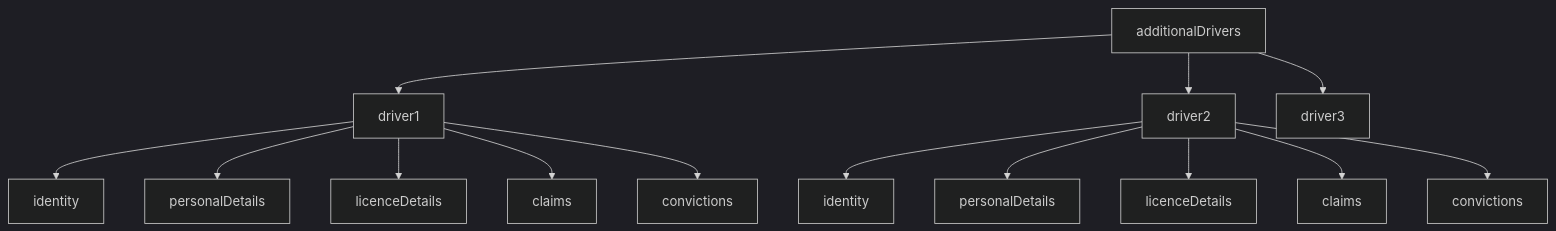
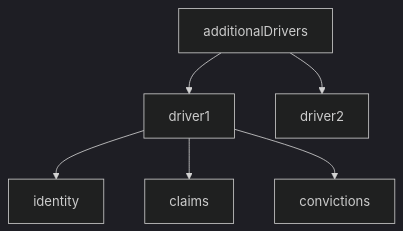
One commit to vijaytomar81/AZOnline changed the third of 6 diagrams in src/data/README.md. Above: the diagram before and after it, drawn with Mermaid (dark theme). The commit also changed other lines of this file and 10 other files, not shown here.

````diff
--- a/src/data/README.md
+++ b/src/data/README.md
@@ -318,18 +201,9 @@
 ```mermaid
 flowchart TD
     A[additionalDrivers] --> B[driver1]
     A --> C[driver2]
-    A --> D[driver3]
 
     B --> B1[identity]
-    B --> B2[personalDetails]
-    B --> B3[licenceDetails]
-    B --> B4[claims]
-    B --> B5[convictions]
-
-    C --> C1[identity]
-    C --> C2[personalDetails]
-    C --> C3[licenceDetails]
-    C --> C4[claims]
-    C --> C5[convictions]
+    B --> B2[claims]
+    B --> B3[convictions]
 ```
````
